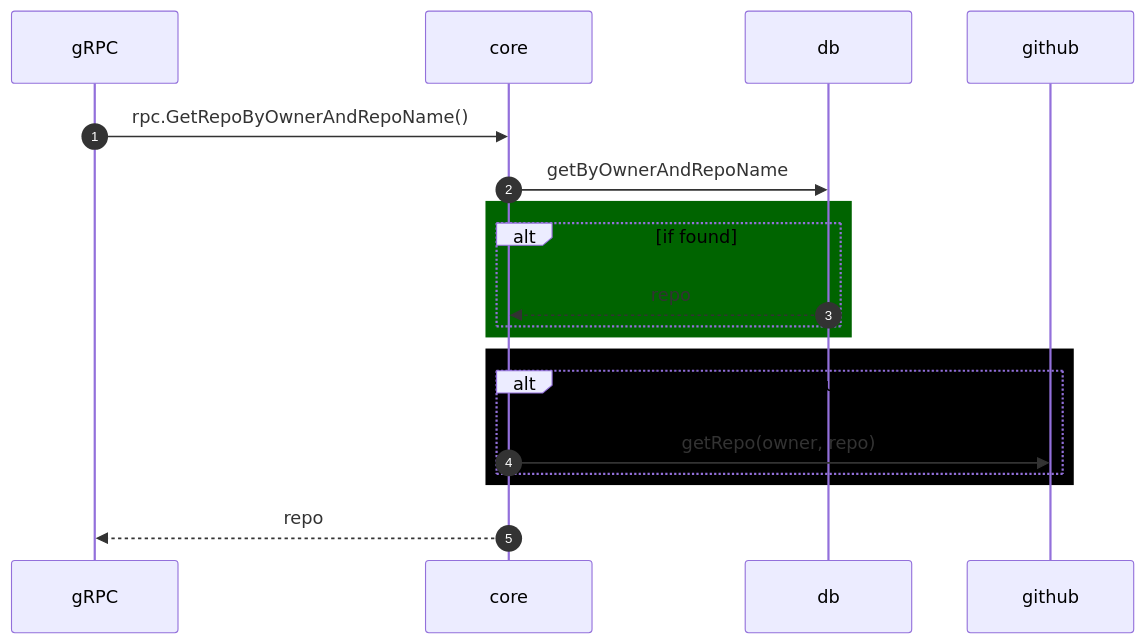
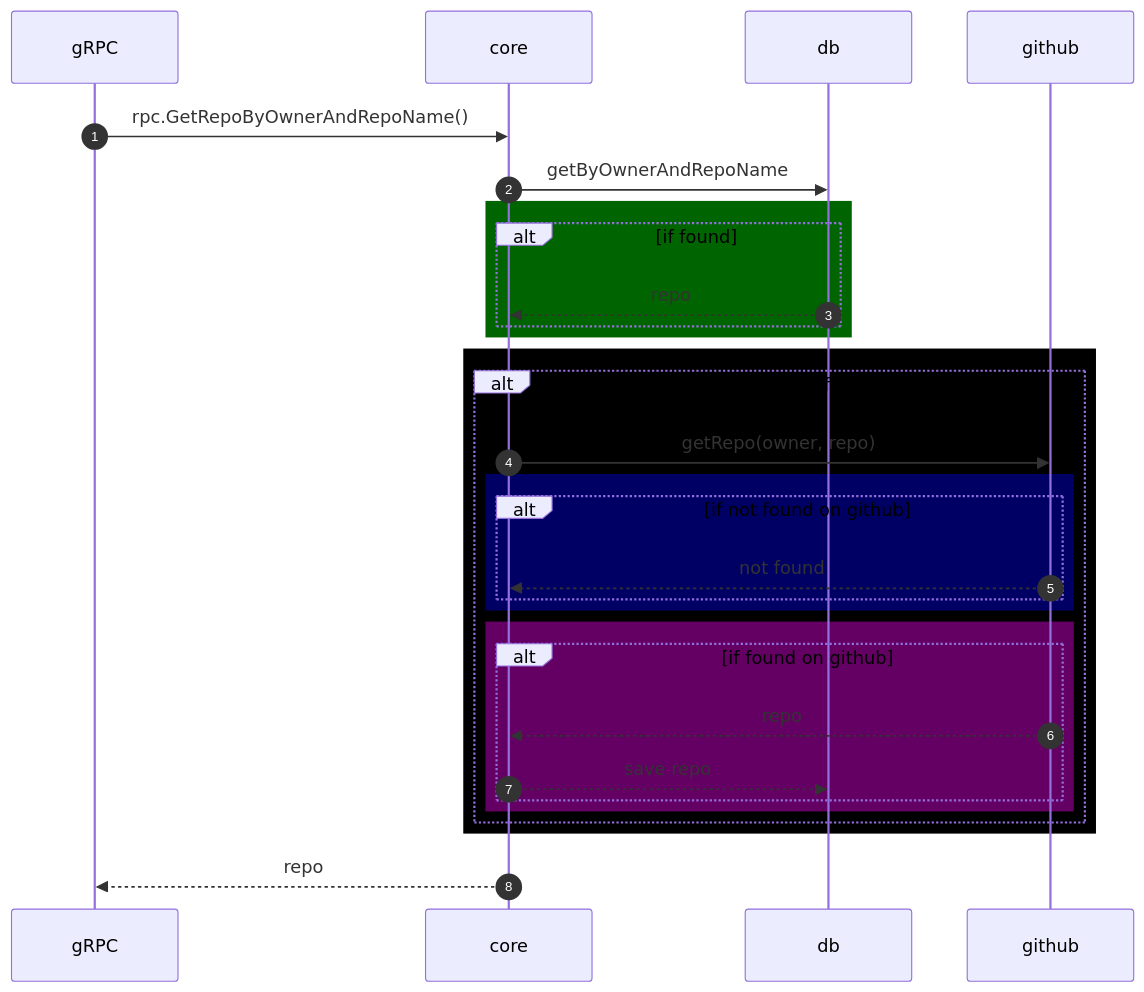
Before and after one commit to Just4Ease/gitbeam: the fourth of 5 diagrams in docs/v1.monolith/SequenceDiagrams.md, drawn with Mermaid. The commit also changed other lines of this file and 1 other file, not shown here.

````diff
--- a/docs/v1.monolith/SequenceDiagrams.md
+++ b/docs/v1.monolith/SequenceDiagrams.md
@@ -110,24 +110,36 @@
 ```mermaid
 sequenceDiagram;
 autonumber;
 participant gRPC
 participant core
 participant db
 participant github
 
 gRPC ->> core: rpc.GetRepoByOwnerAndRepoName()
 core ->> db: getByOwnerAndRepoName
 rect rgb(0,100,0)
 alt if found
 	db -->> core: repo
 end
 end
 
 rect rgb(0,0,0)
-alt if not found
+alt if not found in db, and fallsback to github.
 	core ->> github: getRepo(owner, repo)
+	rect rgb(0,0,100)
+	alt if not found on github
+		github -->> core: not found
+	end
+	end
+	
+	rect rgb(100,0,100)
+	alt if found on github
+		github -->> core: repo
+		core -->> db: save repo
+	end
+	end
 end
 end
 
 core -->> gRPC: repo
 ```
````
